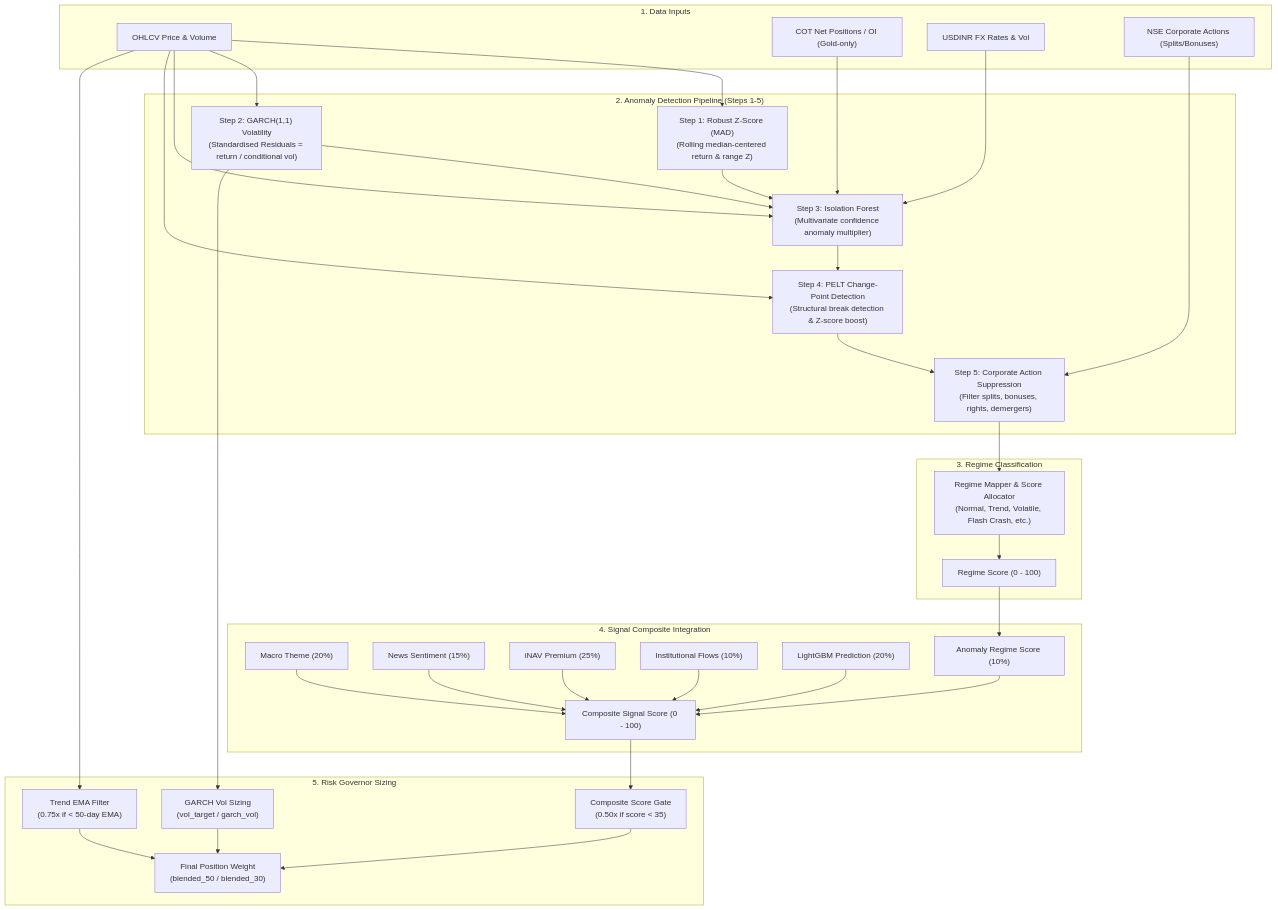
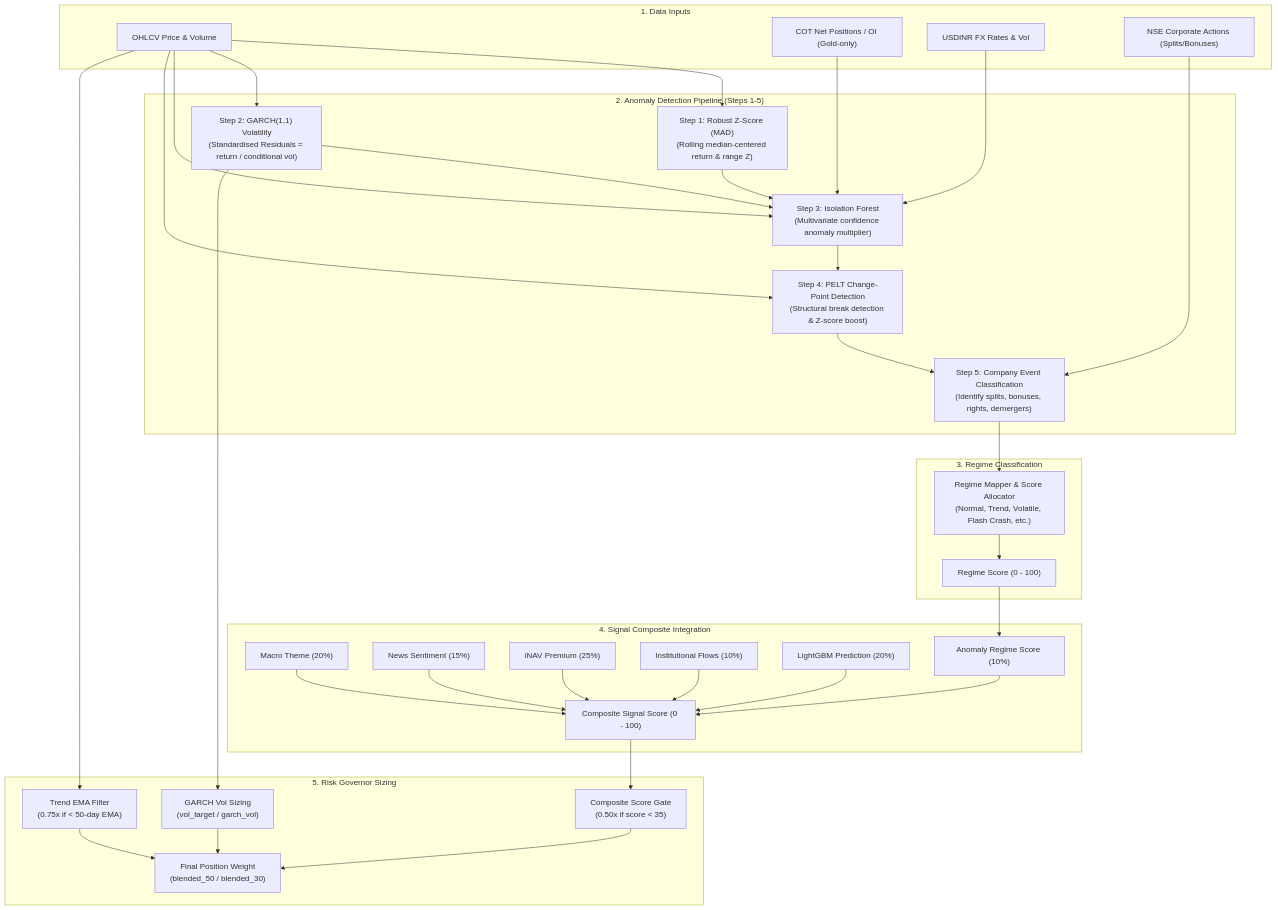
One commit to Mosaic-agent/Mosaic-fund-agent changed the diagram in docs/anomaly-detection.md. Above: the diagram before and after it, drawn with Mermaid. The commit also changed other lines of this file and 7 other files, not shown here.

First line of the commit message:
feat: transition from corporate action suppression to company event classification

````diff
--- a/docs/anomaly-detection.md
+++ b/docs/anomaly-detection.md
@@ -9,80 +9,80 @@
 ```mermaid
 graph TD
     %% Input Layer
     subgraph Input ["1. Data Inputs"]
         OHLCV["OHLCV Price & Volume"]
         COT["COT Net Positions / OI (Gold-only)"]
         FX["USDINR FX Rates & Vol"]
         CA["NSE Corporate Actions (Splits/Bonuses)"]
     end
 
     %% Pipeline Steps
     subgraph Steps ["2. Anomaly Detection Pipeline (Steps 1-5)"]
         S1["Step 1: Robust Z-Score (MAD)<br/>(Rolling median-centered return & range Z)"]
         S2["Step 2: GARCH(1,1) Volatility<br/>(Standardised Residuals = return / conditional vol)"]
         S3["Step 3: Isolation Forest<br/>(Multivariate confidence anomaly multiplier)"]
         S4["Step 4: PELT Change-Point Detection<br/>(Structural break detection & Z-score boost)"]
-        S5["Step 5: Corporate Action Suppression<br/>(Filter splits, bonuses, rights, demergers)"]
+        S5["Step 5: Company Event Classification<br/>(Identify splits, bonuses, rights, demergers)"]
     end
 
     %% Regime Classification
     subgraph Regime ["3. Regime Classification"]
         RC["Regime Mapper & Score Allocator<br/>(Normal, Trend, Volatile, Flash Crash, etc.)"]
         RS["Regime Score (0 - 100)"]
     end
 
     %% Signal Composite
     subgraph Composite ["4. Signal Composite Integration"]
         P_Macro["Macro Theme (20%)"]
         P_Sentiment["News Sentiment (15%)"]
         P_Valuation["iNAV Premium (25%)"]
         P_Flow["Institutional Flows (10%)"]
         P_ML["LightGBM Prediction (20%)"]
         P_Anomaly["Anomaly Regime Score (10%)"]
         CS["Composite Signal Score (0 - 100)"]
     end
 
     %% Risk Governor
     subgraph Governor ["5. Risk Governor Sizing"]
         RG_Vol["GARCH Vol Sizing<br/>(vol_target / garch_vol)"]
         RG_Trend["Trend EMA Filter<br/>(0.75x if < 50-day EMA)"]
         RG_Gate["Composite Score Gate<br/>(0.50x if score < 35)"]
         RG_Weight["Final Position Weight<br/>(blended_50 / blended_30)"]
     end
 
     %% Connections
     OHLCV --> S1
     OHLCV --> S2
     OHLCV --> S3
     COT --> S3
     FX --> S3
     
     S1 --> S3
     S2 --> S3
     
     OHLCV --> S4
     S3 --> S4
     
     CA --> S5
     S4 --> S5
     
     S5 --> RC
     RC --> RS
     
     RS --> P_Anomaly
     
     P_Macro --> CS
     P_Sentiment --> CS
     P_Valuation --> CS
     P_Flow --> CS
     P_ML --> CS
     P_Anomaly --> CS
     
     S2 --> RG_Vol
     CS --> RG_Gate
     OHLCV --> RG_Trend
     
     RG_Vol --> RG_Weight
     RG_Trend --> RG_Weight
     RG_Gate --> RG_Weight
 ```
````
